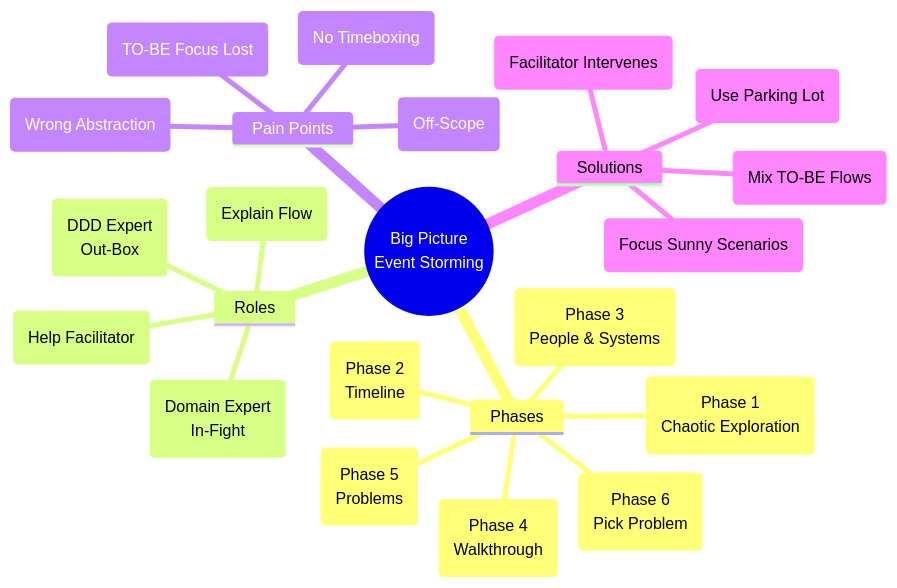
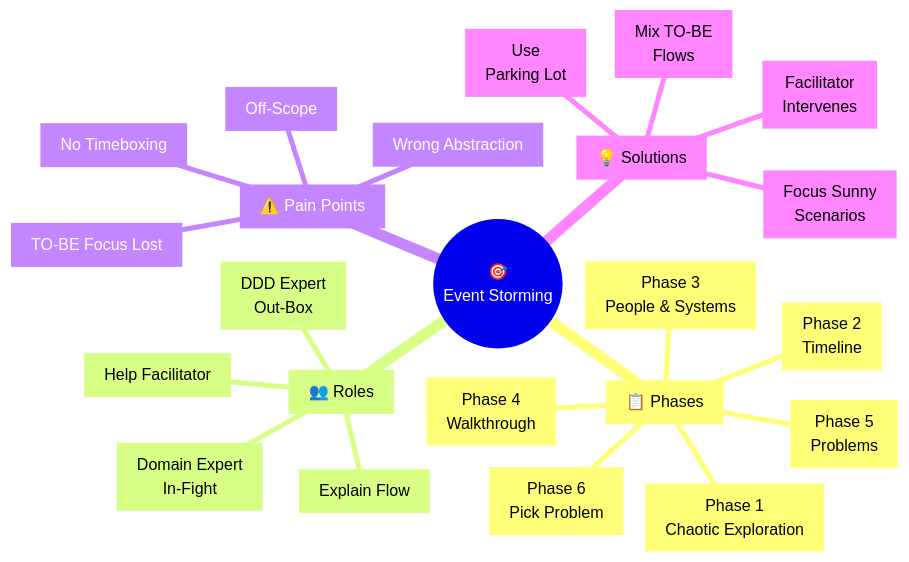
One commit to jirayusueb/memo-vault changed the third of 7 diagrams in 00-INBOX/practical-ddd-big-picture-eventstorming.md. Above: the diagram before and after it, drawn with Mermaid. The commit also changed other lines of this file, not shown here.

Commit message:
Remove: Excalidraw, enhance Mermaid + PlantUML with custom theme

````diff
--- a/00-INBOX/practical-ddd-big-picture-eventstorming.md
+++ b/00-INBOX/practical-ddd-big-picture-eventstorming.md
@@ -73,26 +116,26 @@
 ```mermaid
 mindmap
-  root((Big Picture<br/>Event Storming))
-    Phases
-      P1(Phase 1<br/>Chaotic Exploration)
-      P2(Phase 2<br/>Timeline)
-      P3(Phase 3<br/>People & Systems)
-      P4(Phase 4<br/>Walkthrough)
-      P5(Phase 5<br/>Problems)
-      P6(Phase 6<br/>Pick Problem)
-    Roles
-      Facilitator(DDD Expert<br/>Out-Box)
-      Business(Domain Expert<br/>In-Fight)
-      Supporter(Help Facilitator)
-      Narrator(Explain Flow)
-    Pain Points
-      PP1(No Timeboxing)
-      PP2(TO-BE Focus Lost)
-      PP3(Off-Scope)
-      PP4(Wrong Abstraction)
-    Solutions
-      Sol1(Focus Sunny Scenarios)
-      Sol2(Mix TO-BE Flows)
-      Sol3(Use Parking Lot)
-      Sol4(Facilitator Intervenes)
+  root((🎯<br/>Event Storming))
+    Phases[📋 Phases]
+      P1[Phase 1<br/>Chaotic Exploration]
+      P2[Phase 2<br/>Timeline]
+      P3[Phase 3<br/>People & Systems]
+      P4[Phase 4<br/>Walkthrough]
+      P5[Phase 5<br/>Problems]
+      P6[Phase 6<br/>Pick Problem]
+    Roles[👥 Roles]
+      Facilitator[DDD Expert<br/>Out-Box]
+      Business[Domain Expert<br/>In-Fight]
+      Supporter[Help Facilitator]
+      Narrator[Explain Flow]
+    Pain[⚠️ Pain Points]
+      PP1[No Timeboxing]
+      PP2[TO-BE Focus Lost]
+      PP3[Off-Scope]
+      PP4[Wrong Abstraction]
+    Solutions[💡 Solutions]
+      Sol1[Focus Sunny<br/>Scenarios]
+      Sol2[Mix TO-BE<br/>Flows]
+      Sol3[Use<br/>Parking Lot]
+      Sol4[Facilitator<br/>Intervenes]
 ```
````
